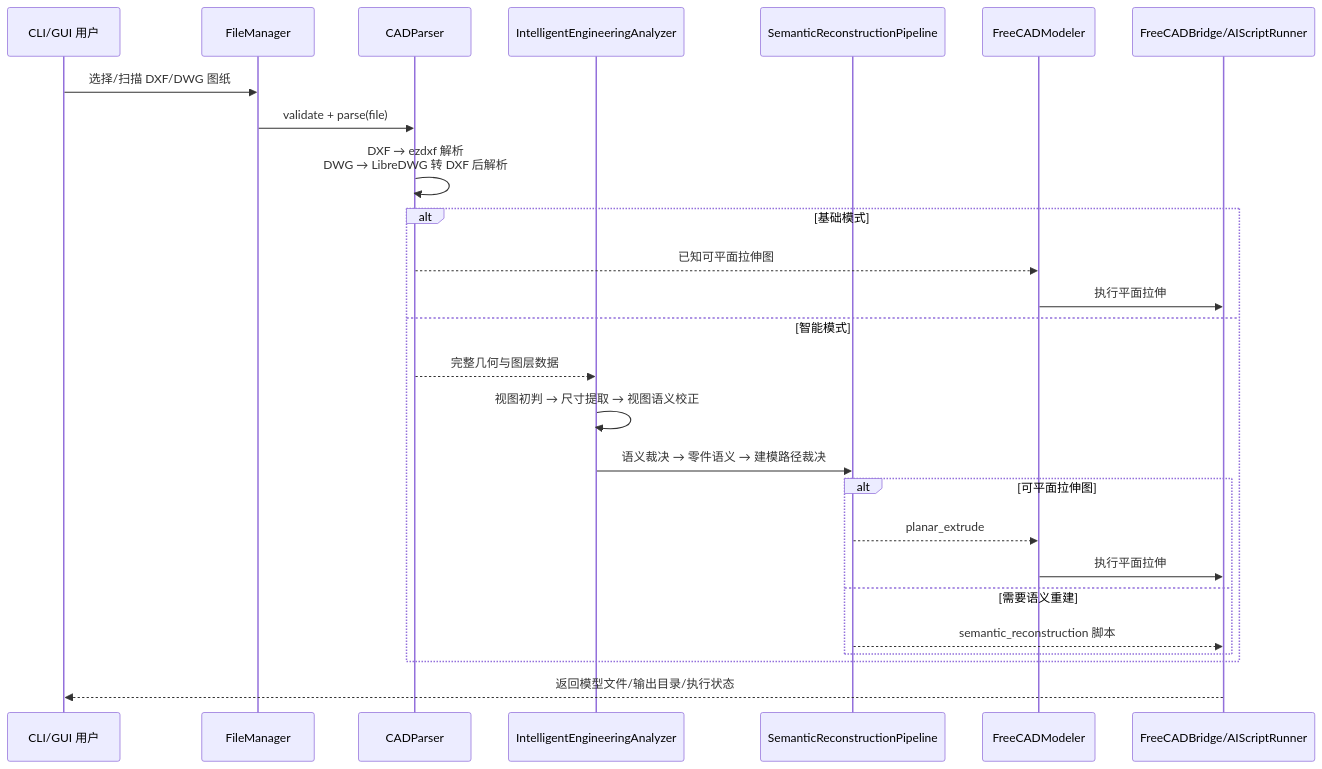
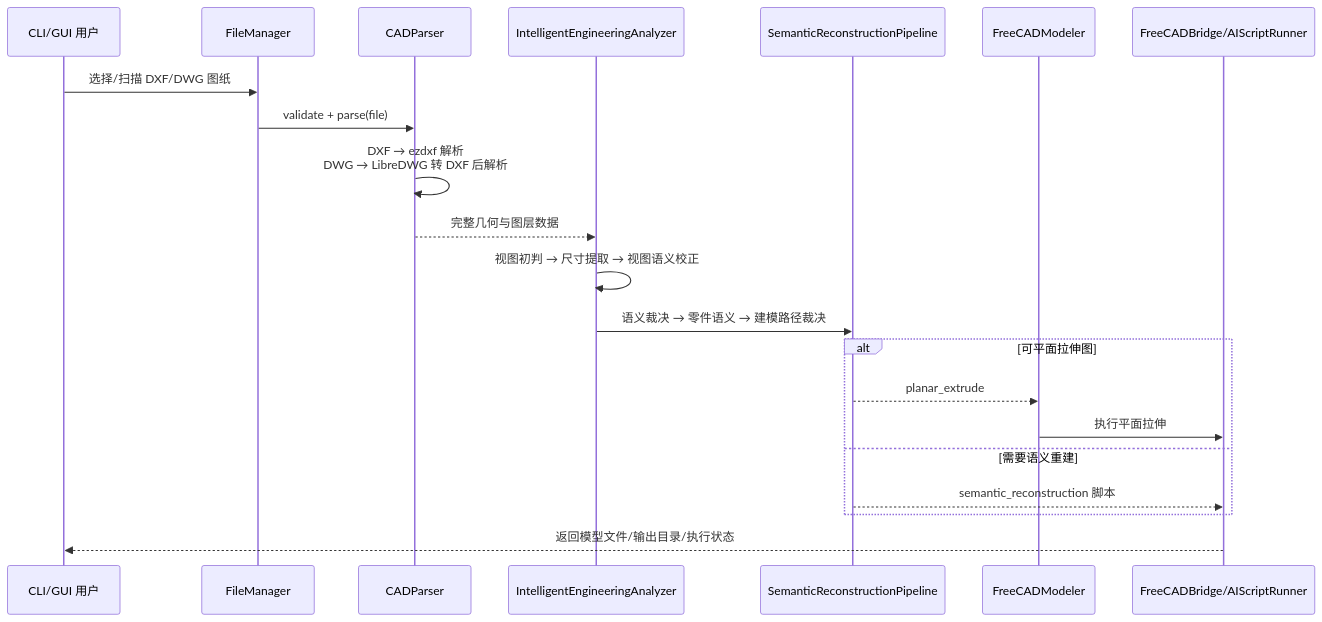
One commit to la2yBones/CAD changed the diagram in README.md. Above: the diagram before and after it, drawn with Mermaid. The commit also changed 51 other files, not shown here.

````diff
--- a/README.md
+++ b/README.md
@@ -107,33 +107,27 @@
 ```mermaid
 sequenceDiagram
     participant User as CLI/GUI 用户
     participant FM as FileManager
     participant Parser as CADParser
     participant IA as IntelligentEngineeringAnalyzer
     participant Recon as SemanticReconstructionPipeline
     participant Basic as FreeCADModeler
     participant FC as FreeCADBridge/AIScriptRunner
 
     %% 主流程：文件选择与解析
     User->>FM: 选择/扫描 DXF/DWG 图纸
     FM->>Parser: validate + parse(file)
     Parser->>Parser: DXF → ezdxf 解析<br/>DWG → LibreDWG 转 DXF 后解析
-    %% 分支：基础模式 / 智能模式
-    alt 基础模式
-        Parser-->>Basic: 已知可平面拉伸图
+    Parser-->>IA: 完整几何与图层数据
+    IA->>IA: 视图初判 → 尺寸提取 → 视图语义校正
+    IA->>Recon: 语义裁决 → 零件语义 → 建模路径裁决
+    alt 可平面拉伸图
+        Recon-->>Basic: planar_extrude
         Basic->>FC: 执行平面拉伸
-    else 智能模式
-        Parser-->>IA: 完整几何与图层数据
-        IA->>IA: 视图初判 → 尺寸提取 → 视图语义校正
-        IA->>Recon: 语义裁决 → 零件语义 → 建模路径裁决
-        alt 可平面拉伸图
-            Recon-->>Basic: planar_extrude
-            Basic->>FC: 执行平面拉伸
-        else 需要语义重建
-            Recon-->>FC: semantic_reconstruction 脚本
-        end
+    else 需要语义重建
+        Recon-->>FC: semantic_reconstruction 脚本
     end
 
     %% 结果返回
     FC-->>User: 返回模型文件/输出目录/执行状态
 ```
````
